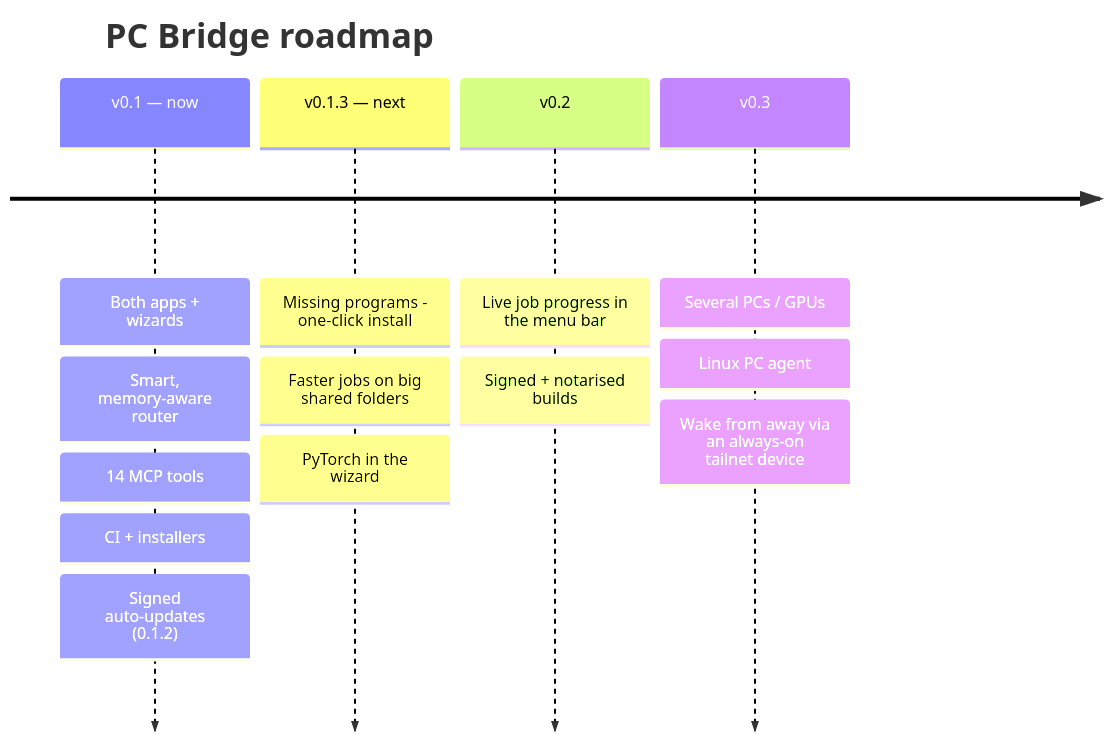
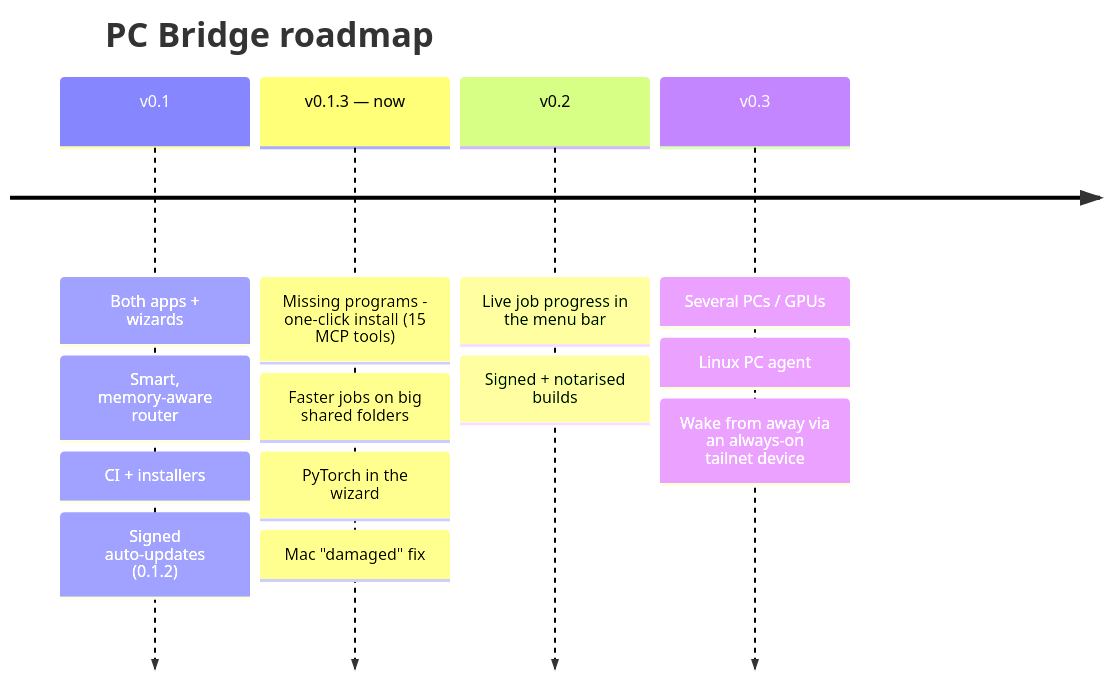
Before and after one commit to walidriachy/pc-gpu-bridge: the diagram in ROADMAP.md, drawn with Mermaid. The commit also changed other lines of this file and 36 other files, not shown here.

First line of the commit message:
Release v0.1.3: missing-program installs, faster jobs, Mac signing fix

````diff
--- a/ROADMAP.md
+++ b/ROADMAP.md
@@ -101,8 +116,8 @@
 ```mermaid
 timeline
   title PC Bridge roadmap
-  v0.1 — now : Both apps + wizards : Smart, memory-aware router : 14 MCP tools : CI + installers : Signed auto-updates (0.1.2)
-  v0.1.3 — next : Missing programs - one-click install : Faster jobs on big shared folders : PyTorch in the wizard
+  v0.1 : Both apps + wizards : Smart, memory-aware router : CI + installers : Signed auto-updates (0.1.2)
+  v0.1.3 — now : Missing programs - one-click install (15 MCP tools) : Faster jobs on big shared folders : PyTorch in the wizard : Mac "damaged" fix
   v0.2 : Live job progress in the menu bar : Signed + notarised builds
   v0.3 : Several PCs / GPUs : Linux PC agent : Wake from away via an always-on tailnet device
 ```
````
